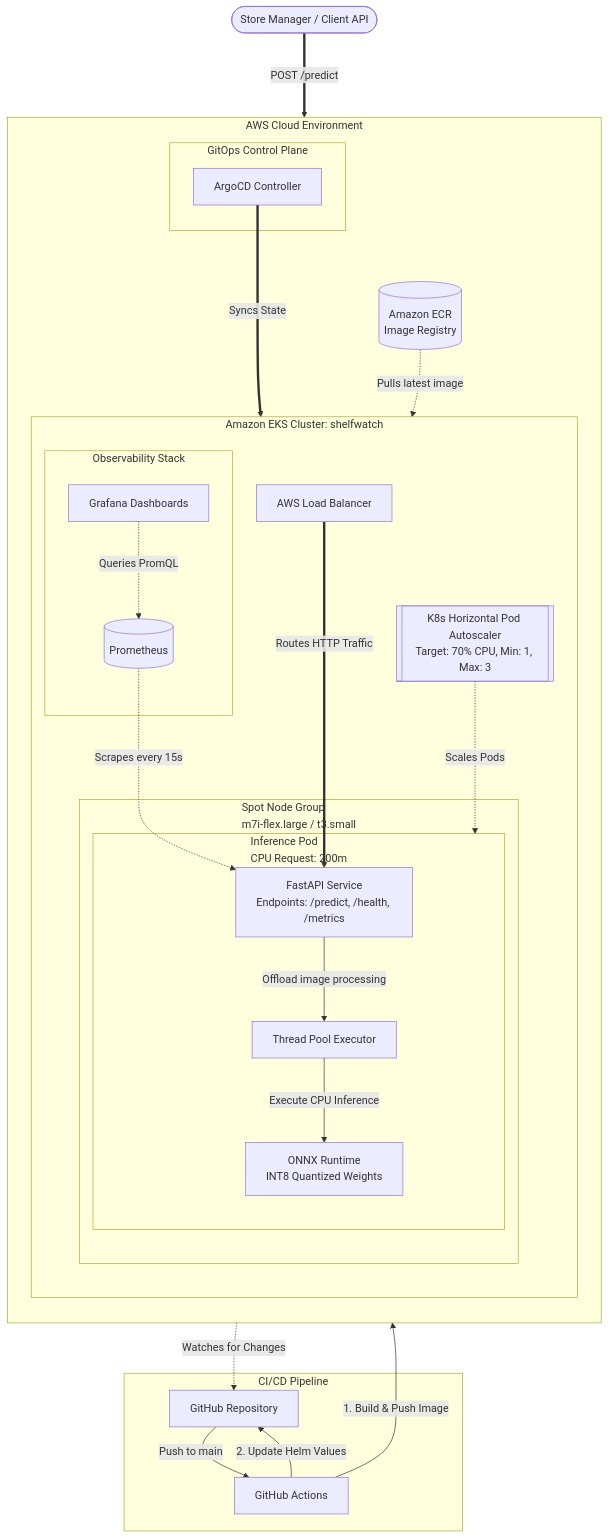
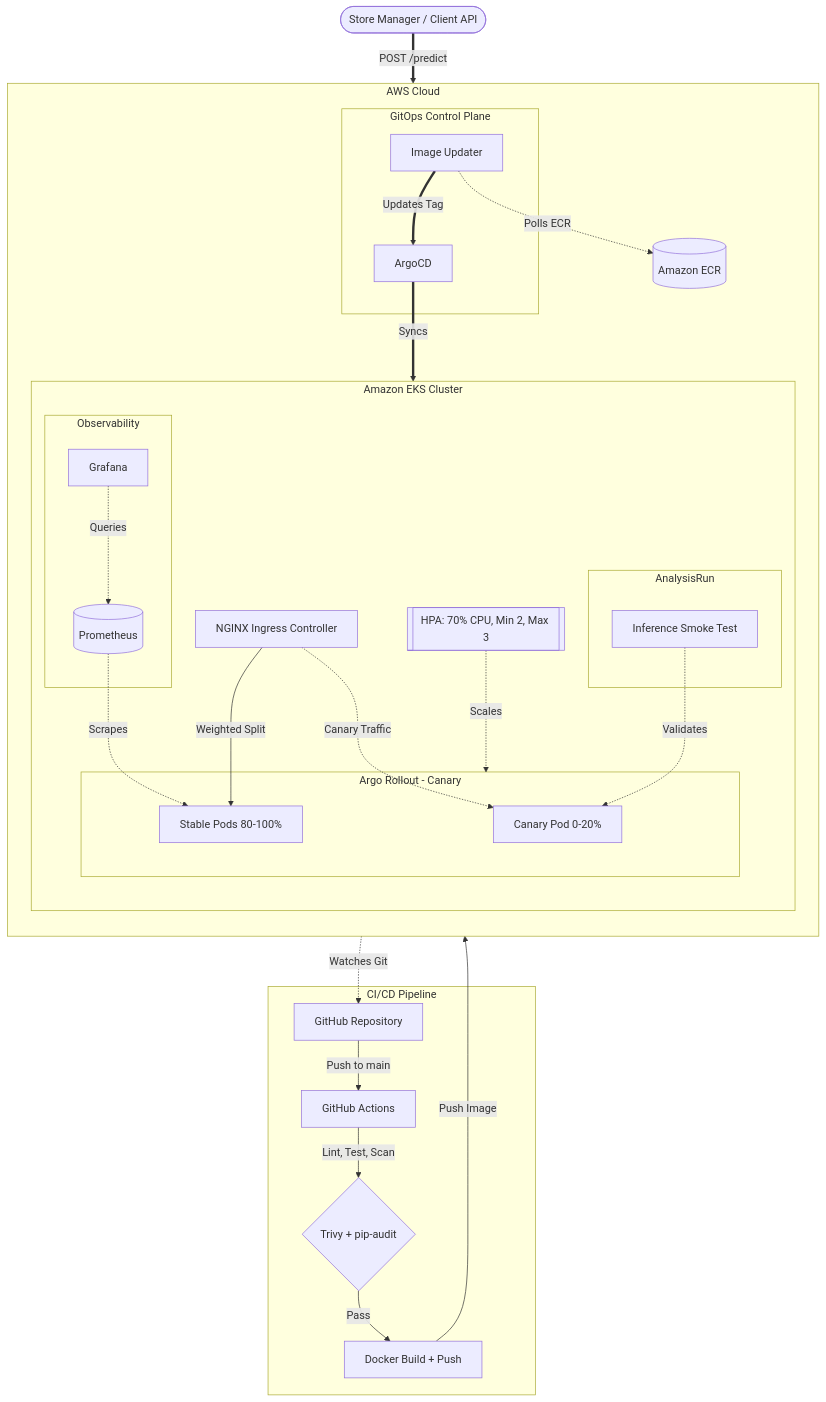
One commit to NFRohan/ShelfWatch changed the diagram in README.md. Above: the diagram before and after it, drawn with Mermaid. The commit also changed other lines of this file and 1 other file, not shown here.

Commit message:
docs: update README with Argo Rollouts, NGINX Ingress, Image Updater, DevSecOps

````diff
--- a/README.md
+++ b/README.md
@@ -40,55 +43,55 @@
 ```mermaid
 flowchart TB
-    Client([Store Manager / Client API])
+    Client(["Store Manager / Client API"])
 
-    subgraph CICD[CI/CD Pipeline]
-        GH[GitHub Repository] -->|Push to main| Actions[GitHub Actions]
+    subgraph CICD["CI/CD Pipeline"]
+        GH["GitHub Repository"] -->|Push to main| Actions["GitHub Actions"]
+        Actions -->|"Lint, Test, Scan"| SecurityGate{"Trivy + pip-audit"}
+        SecurityGate -->|Pass| Build["Docker Build + Push"]
     end
 
-    subgraph AWS[AWS Cloud Environment]
+    subgraph AWS["AWS Cloud"]
         direction TB
-        
-        ECR[(Amazon ECR<br/>Image Registry)]
-        ALB[AWS Load Balancer]
+        ECR[("Amazon ECR")]
 
-        subgraph EKS[Amazon EKS Cluster: shelfwatch]
+        subgraph EKS["Amazon EKS Cluster"]
             direction TB
-            HPA[[K8s Horizontal Pod Autoscaler<br/>Target: 70% CPU, Min: 1, Max: 3]]
+            NGINX["NGINX Ingress Controller"]
+            HPA[["HPA: 70% CPU, Min 2, Max 3"]]
 
-            subgraph Nodes[Spot Node Group<br/>m7i-flex.large / t3.small]
-                subgraph Pod[Inference Pod<br/>CPU Request: 200m]
-                    API[FastAPI Service<br/>Endpoints: /predict, /health, /metrics]
-                    ThreadPool[Thread Pool Executor]
-                    ONNX[ONNX Runtime<br/>INT8 Quantized Weights]
-
-                    API -->|Offload image processing| ThreadPool
-                    ThreadPool -->|Execute CPU Inference| ONNX
-                end
+            subgraph Rollout["Argo Rollout - Canary"]
+                Stable["Stable Pods 80-100%"]
+                Canary["Canary Pod 0-20%"]
             end
 
-            subgraph Observability[Observability Stack]
-                Prometheus[(Prometheus)]
-                Grafana[Grafana Dashboards]
-
-                Prometheus -.->|Scrapes every 15s| API
-                Grafana -.->|Queries PromQL| Prometheus
+            subgraph SmokeTest["AnalysisRun"]
+                Job["Inference Smoke Test"]
             end
 
-            HPA -.->|Scales Pods| Pod
-            ALB ===>|Routes HTTP Traffic| API
+            subgraph Observability["Observability"]
+                Prometheus[("Prometheus")]
+                Grafana["Grafana"]
+            end
+
+            NGINX -->|"Weighted Split"| Stable
+            NGINX -.->|"Canary Traffic"| Canary
+            Job -.->|"Validates"| Canary
+            HPA -.->|"Scales"| Rollout
+            Prometheus -.->|"Scrapes"| Stable
+            Grafana -.->|"Queries"| Prometheus
         end
 
-        %% GitOps Workflow
-        subgraph Ops[GitOps Control Plane]
-            ArgoCD[ArgoCD Controller]
+        subgraph GitOps["GitOps Control Plane"]
+            ArgoCD["ArgoCD"]
+            ImgUpdater["Image Updater"]
         end
 
-        Actions -->|1. Build & Push Image| ECR
-        Actions -->|2. Update Helm Values| GH
-        ArgoCD -.->|Watches for Changes| GH
-        ArgoCD ===>|Syncs State| EKS
-        ECR -.->|Pulls latest image| Pod
+        Build -->|Push Image| ECR
+        ImgUpdater -.->|"Polls ECR"| ECR
+        ImgUpdater ==>|"Updates Tag"| ArgoCD
+        ArgoCD -.->|"Watches Git"| GH
+        ArgoCD ==>|"Syncs"| EKS
     end
 
-    Client ===>|POST /predict| ALB
+    Client ==>|"POST /predict"| NGINX
 ```
````
